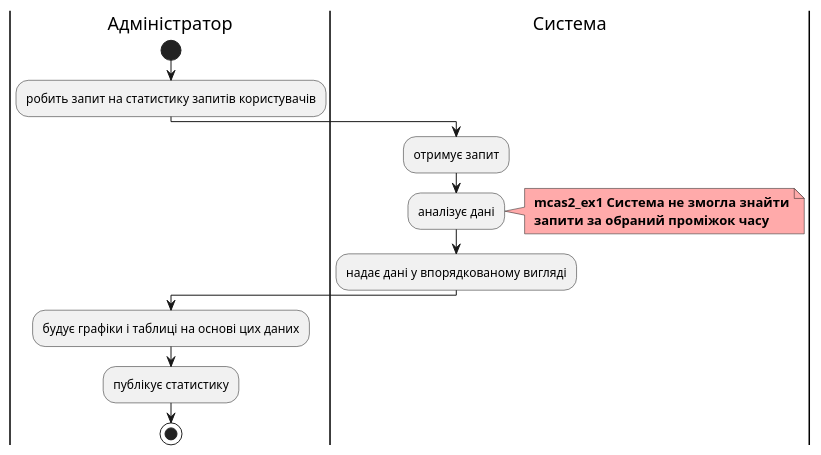
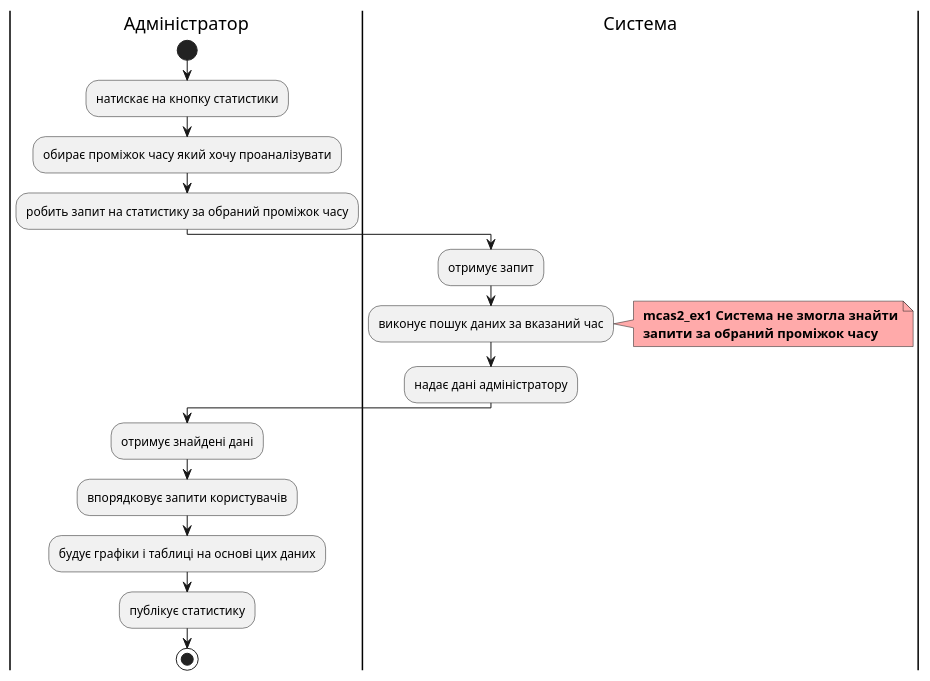
The ninth of 10 diagrams in docs/use cases/README.md (ukioxz/media-content-analyzing-system), drawn with PlantUML before and after one commit. The commit also changed other lines of this file and 1 other file, not shown here.

```diff
--- a/docs/use cases/README.md
+++ b/docs/use cases/README.md
@@ -218,19 +349,23 @@
 @startuml
 
 |Адміністратор|
 start
-:робить запит на статистику запитів користувачів;
+:натискає на кнопку статистики;
+:обирає проміжок часу який хочу проаналізувати;
+:робить запит на статистику за обраний проміжок часу;
 |Система|   
 :отримує запит;
-:аналізує дані;
+:виконує пошук даних за вказаний час;
 note right #ffaaaa
 <b> mcas2_ex1 Система не змогла знайти
 <b> запити за обраний проміжок часу
 end note
-:надає дані у впорядкованому вигляді;
+:надає дані адміністратору;
 |Адміністратор| 
+:отримує знайдені дані;
+:впорядковує запити користувачів;
 :будує графіки і таблиці на основі цих даних;
 :публікує статистику;
 stop
 
 @enduml
```
